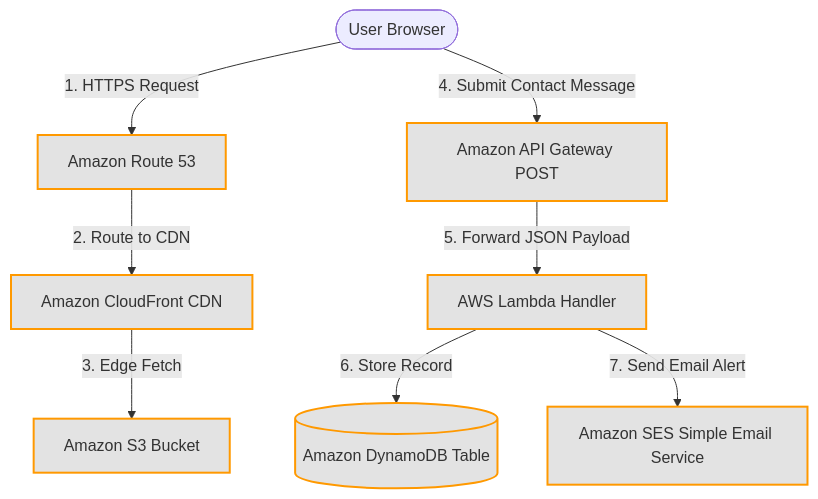
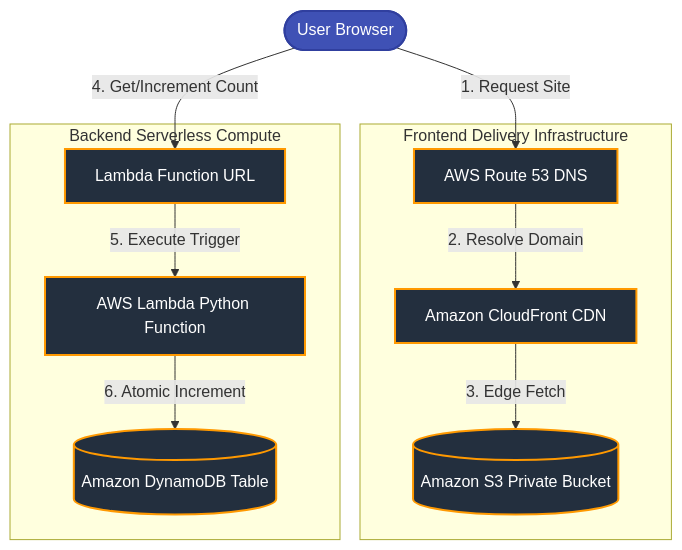
One commit to EngHarshita/cloud-resume-challenge changed the diagram in README.md. Above: the diagram before and after it, drawn with Mermaid. The commit also changed other lines of this file and 6 other files, not shown here.

Commit message:
Add backend Lambda function and project documentation

````diff
--- a/README.md
+++ b/README.md
@@ -52,19 +77,27 @@
 ```mermaid
-graph TD
-    User([User Browser]) -->|1. HTTPS Request| Route53[Amazon Route 53]
-    Route53 -->|2. Route to CDN| CloudFront[Amazon CloudFront CDN]
-    CloudFront -->|3. Edge Fetch| S3[Amazon S3 Bucket]
+flowchart TD
+    User([User Browser]) -->|1. Request Site| Route53[AWS Route 53 DNS]
+    Route53 -->|2. Resolve Domain| CloudFront[Amazon CloudFront CDN]
+    CloudFront -->|3. Edge Fetch| S3[(Amazon S3 Private Bucket)]
     
-    User -->|4. Submit Contact Message| APIGateway[Amazon API Gateway POST]
-    APIGateway -->|5. Forward JSON Payload| Lambda[AWS Lambda Handler]
-    Lambda -->|6. Store Record| DynamoDB[(Amazon DynamoDB Table)]
-    Lambda -->|7. Send Email Alert| SES[Amazon SES Simple Email Service]
+    User -->|4. Get/Increment Count| LambdaURL[Lambda Function URL]
+    LambdaURL -->|5. Execute Trigger| Lambda[AWS Lambda Python Function]
+    Lambda -->|6. Atomic Increment| DynamoDB[(Amazon DynamoDB Table)]
     
-    style S3 fill:#E3E3E3,stroke:#FF9900,stroke-width:2px;
-    style CloudFront fill:#E3E3E3,stroke:#FF9900,stroke-width:2px;
-    style Route53 fill:#E3E3E3,stroke:#FF9900,stroke-width:2px;
-    style APIGateway fill:#E3E3E3,stroke:#FF9900,stroke-width:2px;
-    style Lambda fill:#E3E3E3,stroke:#FF9900,stroke-width:2px;
-    style DynamoDB fill:#E3E3E3,stroke:#FF9900,stroke-width:2px;
-    style SES fill:#E3E3E3,stroke:#FF9900,stroke-width:2px;
+    subgraph Frontend Delivery Infrastructure
+        S3
+        CloudFront
+        Route53
+    end
+
+    subgraph Backend Serverless Compute
+        LambdaURL
+        Lambda
+        DynamoDB
+    end
+
+    classDef aws fill:#232F3E,stroke:#FF9900,stroke-width:2px,color:#fff;
+    classDef user fill:#3F51B5,stroke:#303F9F,stroke-width:2px,color:#fff;
+    class S3,CloudFront,Route53,LambdaURL,Lambda,DynamoDB aws;
+    class User user;
 ```
````
